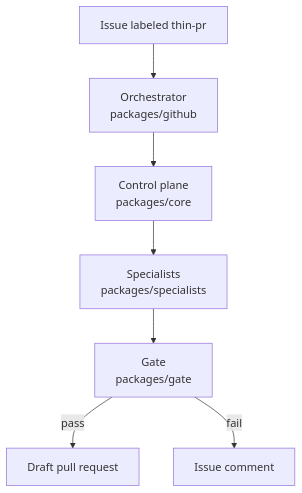
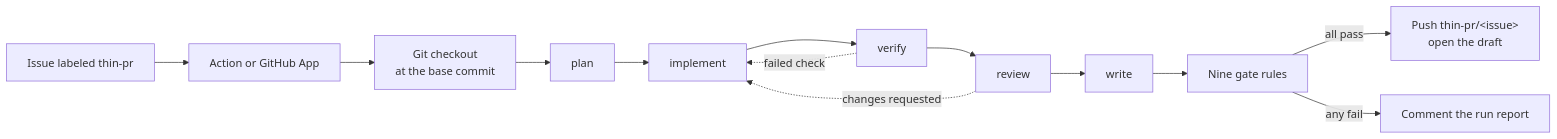
One commit to kocherev/thin-pr-orchestrator changed the diagram in README.md. Above: the diagram before and after it, drawn with Mermaid. The commit also changed other lines of this file and 21 other files, not shown here.

````diff
--- a/README.md
+++ b/README.md
@@ -9,9 +21,11 @@
 ```mermaid
-flowchart TD
-  issue["Issue labeled thin-pr"] --> orchestrator["Orchestrator<br/>packages/github"]
-  orchestrator --> plane["Control plane<br/>packages/core"]
-  plane --> specialists["Specialists<br/>packages/specialists"]
-  specialists --> gate["Gate<br/>packages/gate"]
-  gate -->|pass| draft["Draft pull request"]
-  gate -->|fail| comment["Issue comment"]
+flowchart LR
+  label["Issue labeled thin-pr"] --> entry["Action or GitHub App"]
+  entry --> checkout["Git checkout<br/>at the base commit"]
+  checkout --> plan --> implement --> verify --> review --> write
+  verify -. failed check .-> implement
+  review -. changes requested .-> implement
+  write --> gate["Nine gate rules"]
+  gate -->|all pass| draft["Push thin-pr/&lt;issue&gt;<br/>open the draft"]
+  gate -->|any fail| comment["Comment the run report"]
 ```
````
